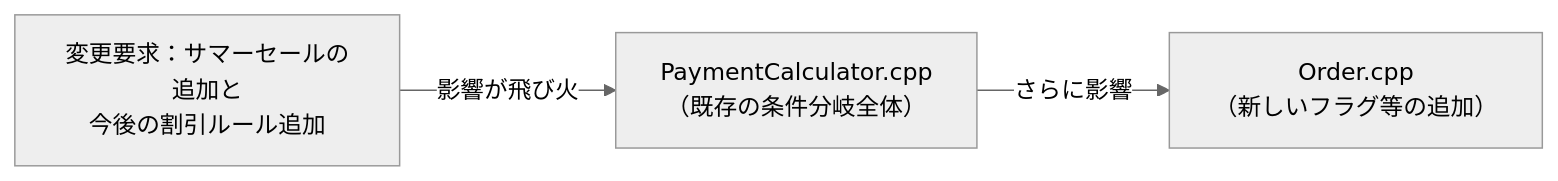
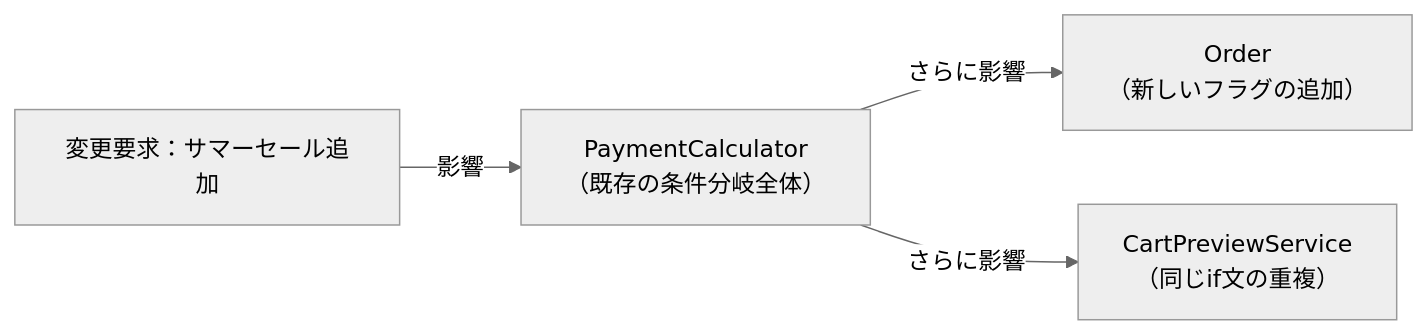
The second of 4 diagrams in kindle/design-patterns/output/chapter01.md (kumachan1101-pixel/DesignPattern), drawn with Mermaid (neutral theme) before and after one commit. The commit also changed other lines of this file and 2 other files, not shown here.

````diff
--- a/kindle/design-patterns/output/chapter01.md
+++ b/kindle/design-patterns/output/chapter01.md
@@ -338,6 +289,6 @@
 ```mermaid
 graph LR
-    T1["変更要求：サマーセールの追加と<br>今後の割引ルール追加"] -->|"影響が飛び火"| A["PaymentCalculator.cpp<br>（既存の条件分岐全体）"]
-    A -->|"さらに影響"| B["Order.cpp<br>（新しいフラグ等の追加）"]
-
+    T1["変更要求：サマーセール追加"] -->|影響| A["PaymentCalculator<br>（既存の条件分岐全体）"]
+    A -->|さらに影響| B["Order<br>（新しいフラグの追加）"]
+    A -->|さらに影響| C["CartPreviewService<br>（同じif文の重複）"]
 ```
````
